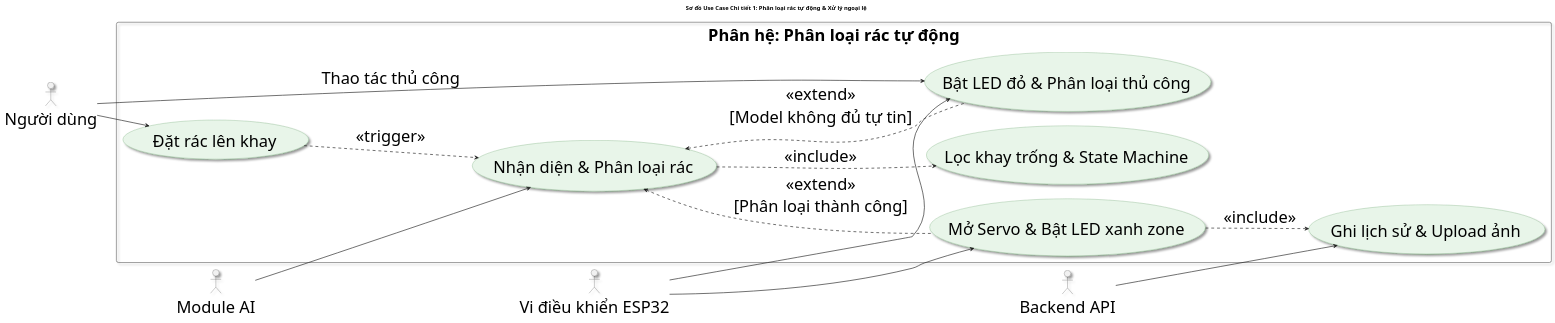
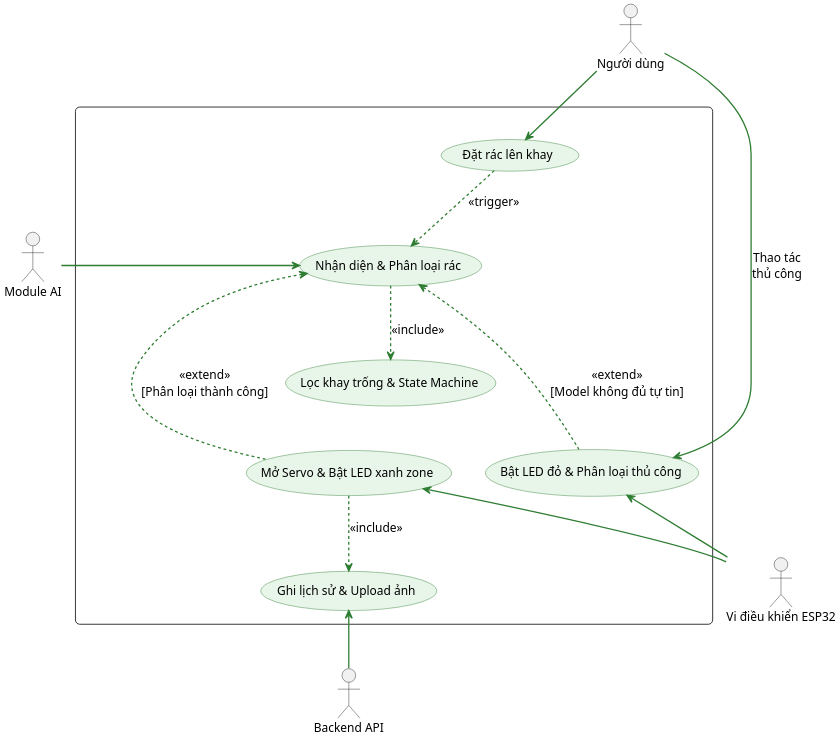
The diagram in DOCS/SoDoKienTruc/2.4.1-Phan-loai-rac-tu-dong.md (NguyenTAnh2005/Do-An-Mon-Hoc), drawn with PlantUML before and after one commit. The commit also changed 8 other files, not shown here.

```diff
--- a/DOCS/SoDoKienTruc/2.4.1-Phan-loai-rac-tu-dong.md
+++ b/DOCS/SoDoKienTruc/2.4.1-Phan-loai-rac-tu-dong.md
@@ -1,43 +1,55 @@
 @startuml
-left to right direction
-skinparam defaultFontSize 40
-skinparam shadowing true
+top to bottom direction
+skinparam dpi 200
+skinparam defaultFontSize 14
+skinparam defaultFontName "Times New Roman"
+skinparam shadowing false
 skinparam roundcorner 10
+skinparam nodesep 40
+skinparam ranksep 50
+skinparam packageStyle rectangle
 skinparam usecase {
 BackgroundColor #E8F5E9
 BorderColor #2E7D32
+ArrowColor #2E7D32
 ArrowThickness 1.5
 }
 
-title Sơ đồ Use Case Chi tiết 1: Phân loại rác tự động & Xử lý ngoại lệ
-
 actor "Người dùng" as User
 actor "Module AI" as AI
-actor "Vi điều khiển ESP32" as ESP
-actor "Backend API" as Web
 
-rectangle "Phân hệ: Phân loại rác tự động" {
+rectangle " " {
 usecase "Đặt rác lên khay" as UC_Put
 usecase "Nhận diện & Phân loại rác" as UC_Classify
 usecase "Lọc khay trống & State Machine" as UC_SM
 usecase "Mở Servo & Bật LED xanh zone" as UC_Success
 usecase "Bật LED đỏ & Phân loại thủ công" as UC_Fail
 usecase "Ghi lịch sử & Upload ảnh" as UC_Log
 }
 
-User --> UC_Put
-UC_Put ..> UC_Classify : <<trigger>>
+actor "Vi điều khiển ESP32" as ESP
+actor "Backend API" as Web
 
-AI --> UC_Classify
-UC_Classify ..> UC_SM : <<include>>
+' --- Luồng chính từ trên xuống ---
+User -down-> UC_Put
+UC_Put .down.> UC_Classify : <<trigger>>
+AI -right-> UC_Classify
+UC_Classify .down.> UC_SM : <<include>>
 
-UC_Classify <.. UC_Success : <<extend>>\n[Phân loại thành công]
-UC_Classify <.. UC_Fail : <<extend>>\n[Model không đủ tự tin]
+' --- Extend: 2 nhánh rẽ ra bên dưới ---
+UC_Success .up.> UC_Classify : <<extend>>\n[Phân loại thành công]
+UC_Fail .up.> UC_Classify : <<extend>>\n[Model không đủ tự tin]
 
-ESP --> UC_Success
-ESP --> UC_Fail
-User --> UC_Fail : Thao tác thủ công
+UC_Success .down.> UC_Log : <<include>>
 
-UC_Success ..> UC_Log : <<include>>
-Web --> UC_Log
+' --- Actor phía dưới ---
+ESP -up-> UC_Success
+ESP -up-> UC_Fail
+User -[#2E7D32]-> UC_Fail : Thao tác\nthủ công
+Web -up-> UC_Log
+
+' --- Ép vị trí cho gọn, dọc ---
+UC_SM -[hidden]down-> UC_Success
+UC_SM -[hidden]down-> UC_Fail
+UC_Success -[hidden]right-> UC_Fail
 @enduml
```
